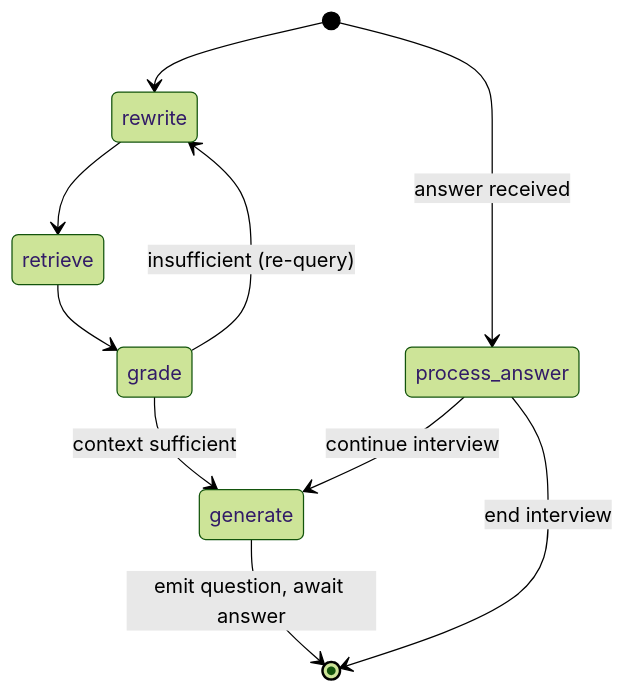
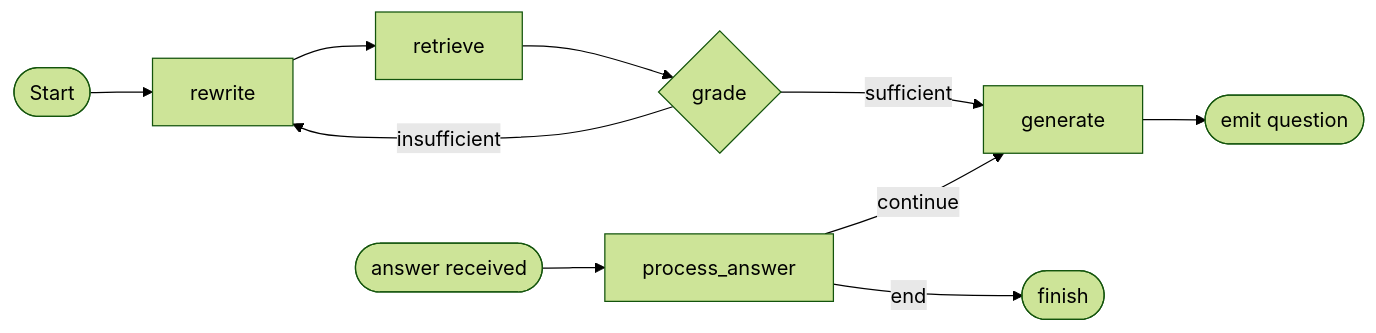
One commit to Pavlosss-uy/MyHR changed the second of 5 diagrams in docs/04-implementation.md. Above: the diagram before and after it, drawn with Mermaid (forest theme). The commit also changed other lines of this file and 12 other files, not shown here.

````diff
--- a/docs/04-implementation.md
+++ b/docs/04-implementation.md
@@ -95,12 +84,9 @@
 ```mermaid
-stateDiagram-v2
-    [*] --> rewrite
-    rewrite --> retrieve
-    retrieve --> grade
-    grade --> generate: context sufficient
-    grade --> rewrite: insufficient (re-query)
-    generate --> [*]: emit question, await answer
-    [*] --> process_answer: answer received
-    process_answer --> generate: continue interview
-    process_answer --> [*]: end interview
+flowchart LR
+    S([Start]) --> R[rewrite] --> RT[retrieve] --> G{grade}
+    G -->|sufficient| GEN[generate] --> Q([emit question])
+    G -->|insufficient| R
+    A([answer received]) --> P[process_answer]
+    P -->|continue| GEN
+    P -->|end| E([finish])
 ```
````
